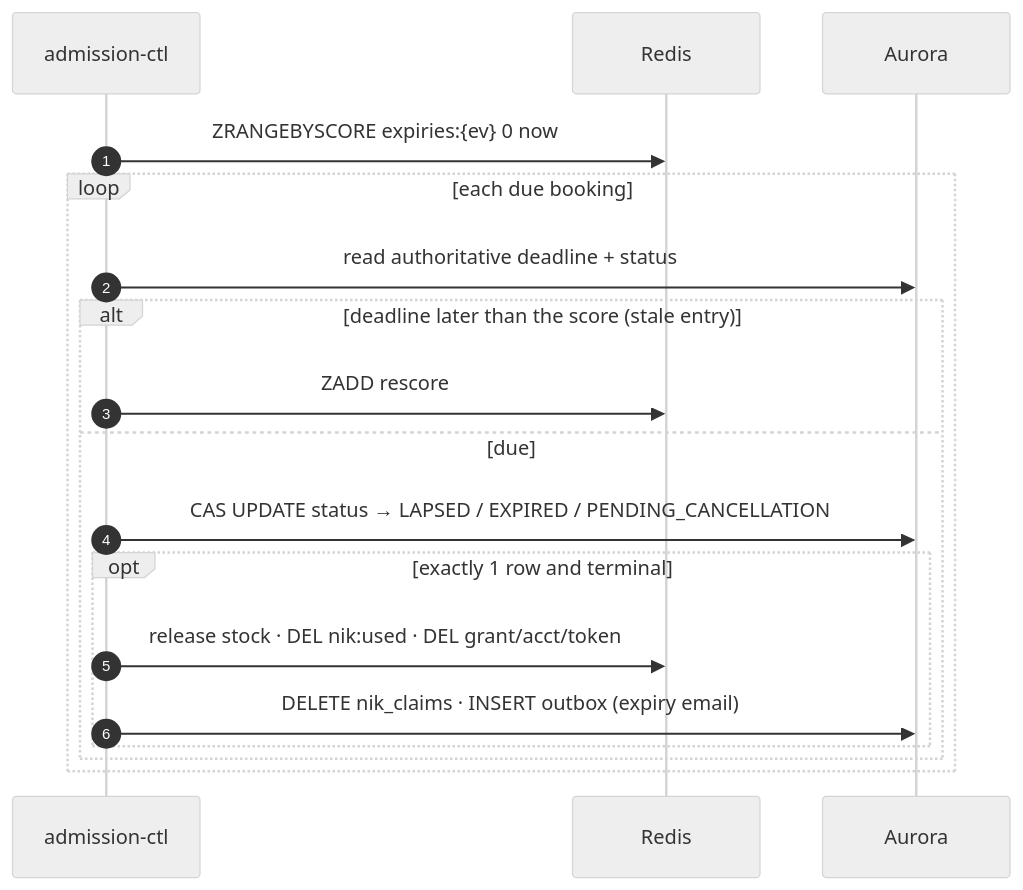
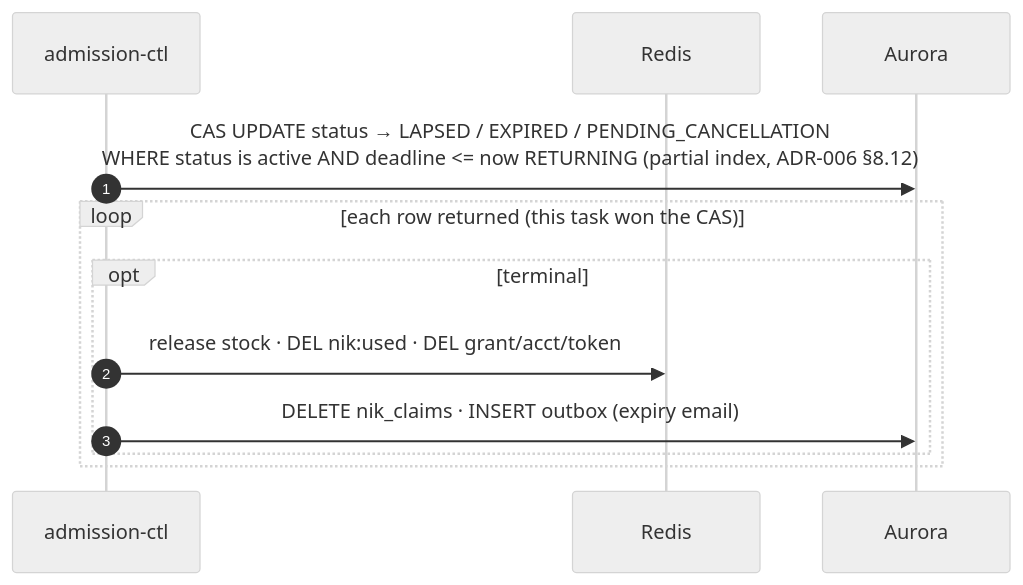
One commit to PTServerJanganTumbang-BookingTicket/documentations changed the eighth of 9 diagrams in architecture/high-level-design.md. Above: the diagram before and after it, drawn with Mermaid (neutral theme). The commit also changed other lines of this file and 4 other files, not shown here.

First line of the commit message:
docs: ADR-006 §8.12 fewer Redis keys (queue hash fields, no expiries ZSET)

````diff
--- a/architecture/high-level-design.md
+++ b/architecture/high-level-design.md
@@ -298,21 +297,15 @@
 ```mermaid
 sequenceDiagram
     autonumber
     participant CTL as admission-ctl
     participant R as Redis
     participant DB as Aurora
 
-    CTL->>R: ZRANGEBYSCORE expiries:{ev} 0 now
-    loop each due booking
-        CTL->>DB: read authoritative deadline + status
-        alt deadline later than the score (stale entry)
-            CTL->>R: ZADD rescore
-        else due
-            CTL->>DB: CAS UPDATE status → LAPSED / EXPIRED / PENDING_CANCELLATION
-            opt exactly 1 row and terminal
-                CTL->>R: release stock · DEL nik:used · DEL grant/acct/token
-                CTL->>DB: DELETE nik_claims · INSERT outbox (expiry email)
-            end
+    CTL->>DB: CAS UPDATE status → LAPSED / EXPIRED / PENDING_CANCELLATION<br/>WHERE status is active AND deadline <= now RETURNING (partial index, ADR-006 §8.12)
+    loop each row returned (this task won the CAS)
+        opt terminal
+            CTL->>R: release stock · DEL nik:used · DEL grant/acct/token
+            CTL->>DB: DELETE nik_claims · INSERT outbox (expiry email)
         end
     end
 ```
````
